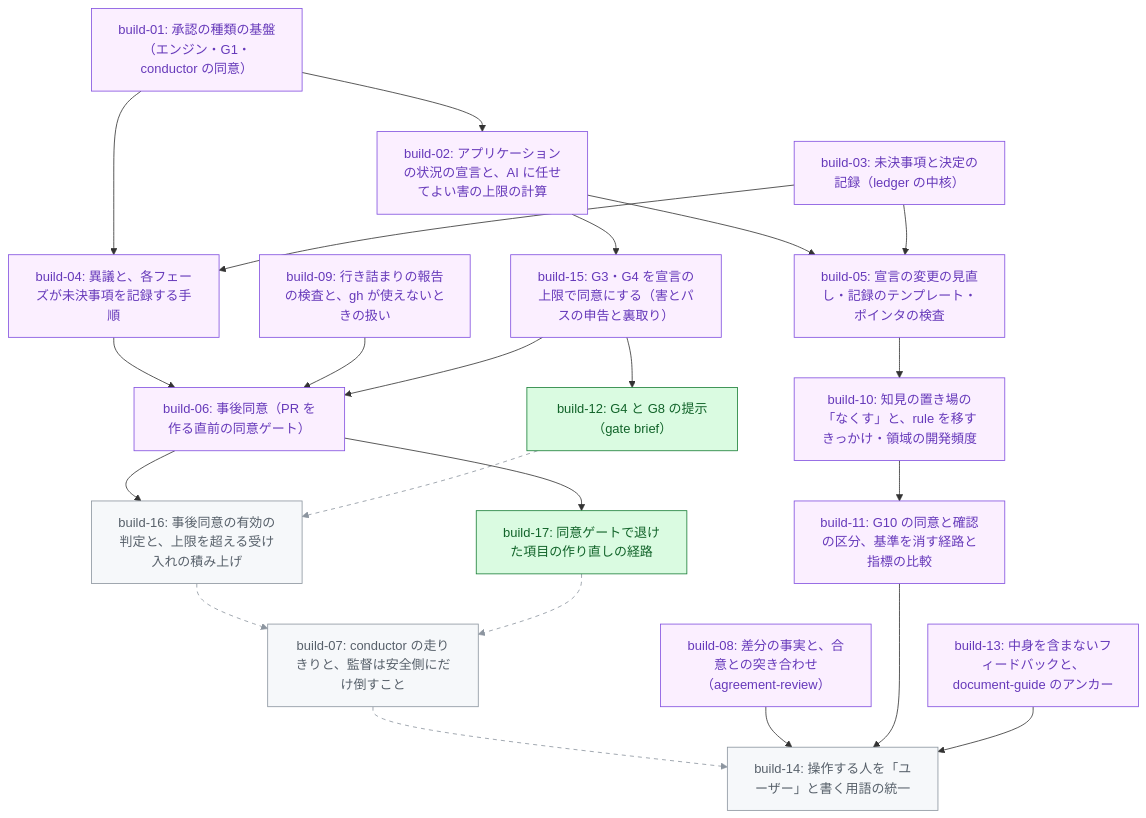
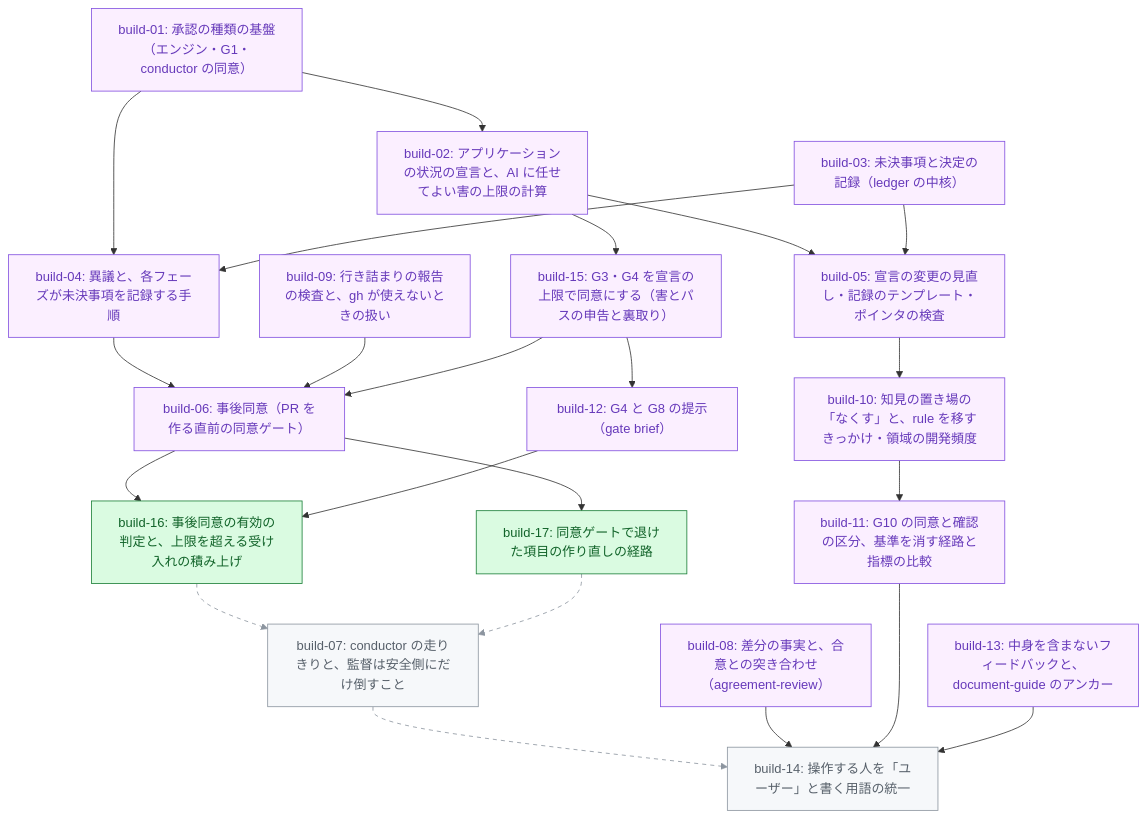
One commit to tak-solder/hikyaku changed the diagram in .hikyaku/cycles/001-v3-core-concepts/tasklist.md. Above: the diagram before and after it, drawn with Mermaid. The commit also changed other lines of this file and 1 other file, not shown here.

Commit message:
build-12: PR 列の更新と完了の記録
Claude-Session: https://claude.ai/code/session_01RJieNbZxJTuNKqjvWpTagW

````diff
--- a/.hikyaku/cycles/001-v3-core-concepts/tasklist.md
+++ b/.hikyaku/cycles/001-v3-core-concepts/tasklist.md
@@ -32,48 +32,48 @@
 ```mermaid
 graph TD
   b01["build-01: 承認の種類の基盤（エンジン・G1・conductor の同意）"]
   b02["build-02: アプリケーションの状況の宣言と、AI に任せてよい害の上限の計算"]
   b03["build-03: 未決事項と決定の記録（ledger の中核）"]
   b04["build-04: 異議と、各フェーズが未決事項を記録する手順"]
   b05["build-05: 宣言の変更の見直し・記録のテンプレート・ポインタの検査"]
   b06["build-06: 事後同意（PR を作る直前の同意ゲート）"]
   b07["build-07: conductor の走りきりと、監督は安全側にだけ倒すこと"]
   b08["build-08: 差分の事実と、合意との突き合わせ（agreement-review）"]
   b09["build-09: 行き詰まりの報告の検査と、gh が使えないときの扱い"]
   b10["build-10: 知見の置き場の「なくす」と、rule を移すきっかけ・領域の開発頻度"]
   b11["build-11: G10 の同意と確認の区分、基準を消す経路と指標の比較"]
   b12["build-12: G4 と G8 の提示（gate brief）"]
   b13["build-13: 中身を含まないフィードバックと、document-guide のアンカー"]
   b14["build-14: 操作する人を「ユーザー」と書く用語の統一"]
   b15["build-15: G3・G4 を宣言の上限で同意にする（害とパスの申告と裏取り）"]
   b16["build-16: 事後同意の有効の判定と、上限を超える受け入れの積み上げ"]
   b17["build-17: 同意ゲートで退けた項目の作り直しの経路"]
   b01 --> b02
   b01 --> b04
   b03 --> b04
   b02 --> b05
   b03 --> b05
   b04 --> b06
   b09 --> b06
   b15 --> b06
   b16 -.-> b07
   b17 -.-> b07
   b05 --> b10
   b10 --> b11
   b15 --> b12
   b07 -.-> b14
   b08 --> b14
   b11 --> b14
   b13 --> b14
   b02 --> b15
   b06 --> b16
-  b12 -.-> b16
+  b12 --> b16
   b06 --> b17
   classDef merged fill:#fbefff,stroke:#8250df,color:#6639ba
   classDef ready fill:#dafbe1,stroke:#1a7f37,color:#116329
   classDef blocked fill:#f6f8fa,stroke:#8c959f,color:#57606a
-  class b01,b02,b03,b04,b05,b06,b08,b09,b10,b11,b13,b15 merged
-  class b12,b17 ready
-  class b07,b14,b16 blocked
-  linkStyle 8,9,13,19 stroke:#8c959f,stroke-dasharray:5 5
+  class b01,b02,b03,b04,b05,b06,b08,b09,b10,b11,b12,b13,b15 merged
+  class b16,b17 ready
+  class b07,b14 blocked
+  linkStyle 8,9,13 stroke:#8c959f,stroke-dasharray:5 5
 ```
````
